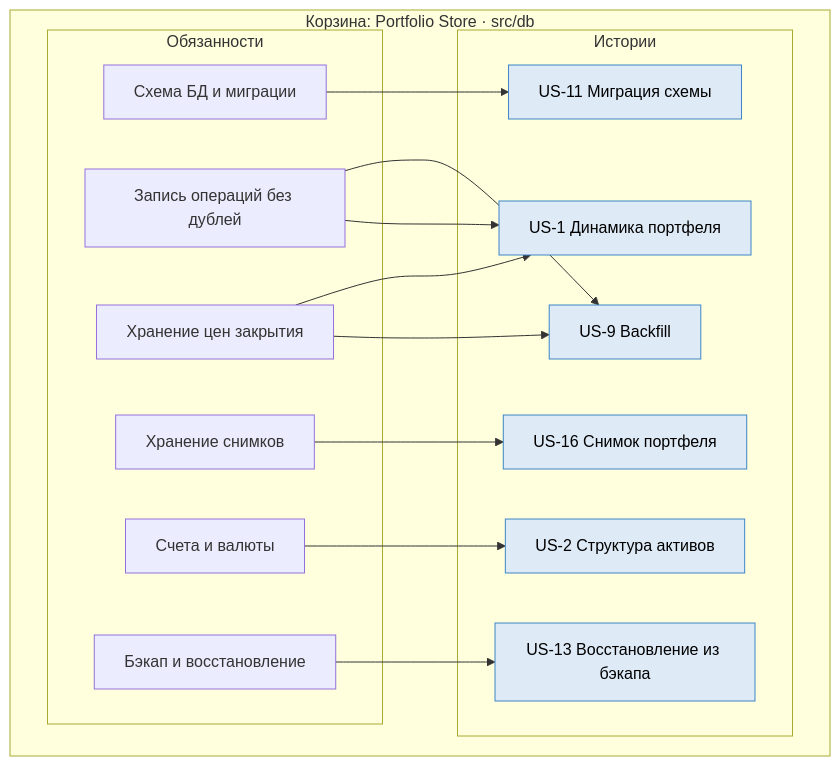
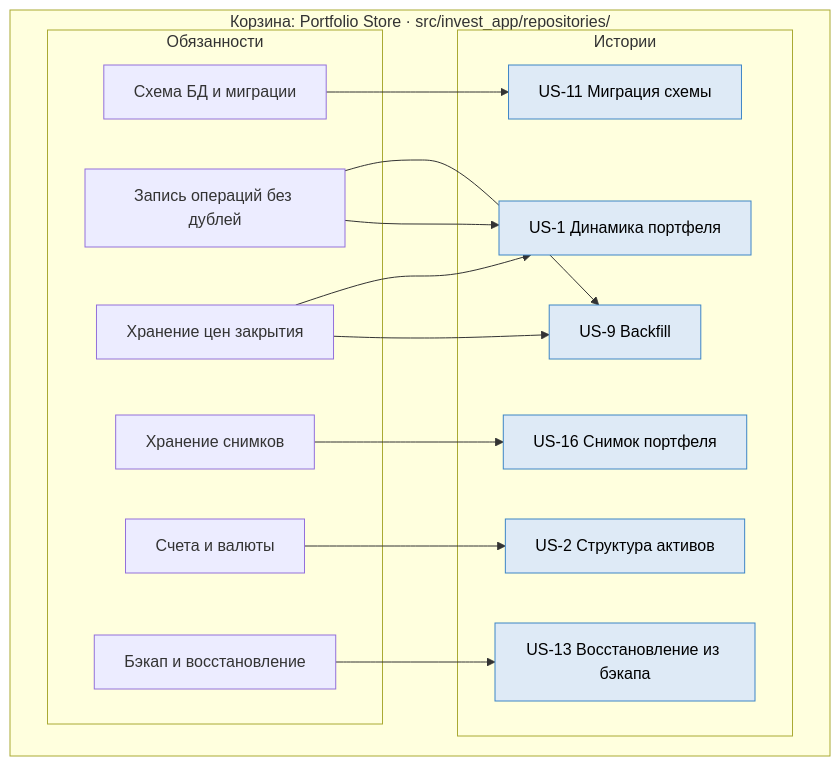
One commit to alexande-popov/T-I changed the sixth of 15 diagrams in docs/arch/logic_arch.md. Above: the diagram before and after it, drawn with Mermaid. The commit also changed other lines of this file and 3 other files, not shown here.

````diff
--- a/docs/arch/logic_arch.md
+++ b/docs/arch/logic_arch.md
@@ -489,34 +557,34 @@
 ```mermaid
 flowchart LR
-    subgraph B1["Корзина: Portfolio Store · src/db"]
+    subgraph B1["Корзина: Portfolio Store · src/invest_app/repositories/"]
         direction LR
         subgraph B1R["Обязанности"]
             R11["Схема БД и миграции"]
             R12["Запись операций без дублей"]
             R13["Хранение цен закрытия"]
             R14["Хранение снимков"]
             R15["Счета и валюты"]
             R16["Бэкап и восстановление"]
         end
         subgraph B1U["Истории"]
             U1["US-1 Динамика портфеля"]
             U2["US-2 Структура активов"]
             U9["US-9 Backfill"]
             U11["US-11 Миграция схемы"]
             U13["US-13 Восстановление из бэкапа"]
             U16["US-16 Снимок портфеля"]
         end
     end
 
     R11 --> U11
     R12 --> U9
     R12 --> U1
     R13 --> U1
     R13 --> U9
     R14 --> U16
     R15 --> U2
     R16 --> U13
 
     classDef story fill:#deeaf6,stroke:#3d85c6,color:#000
     class U1,U2,U9,U11,U13,U16 story
 ```
````
